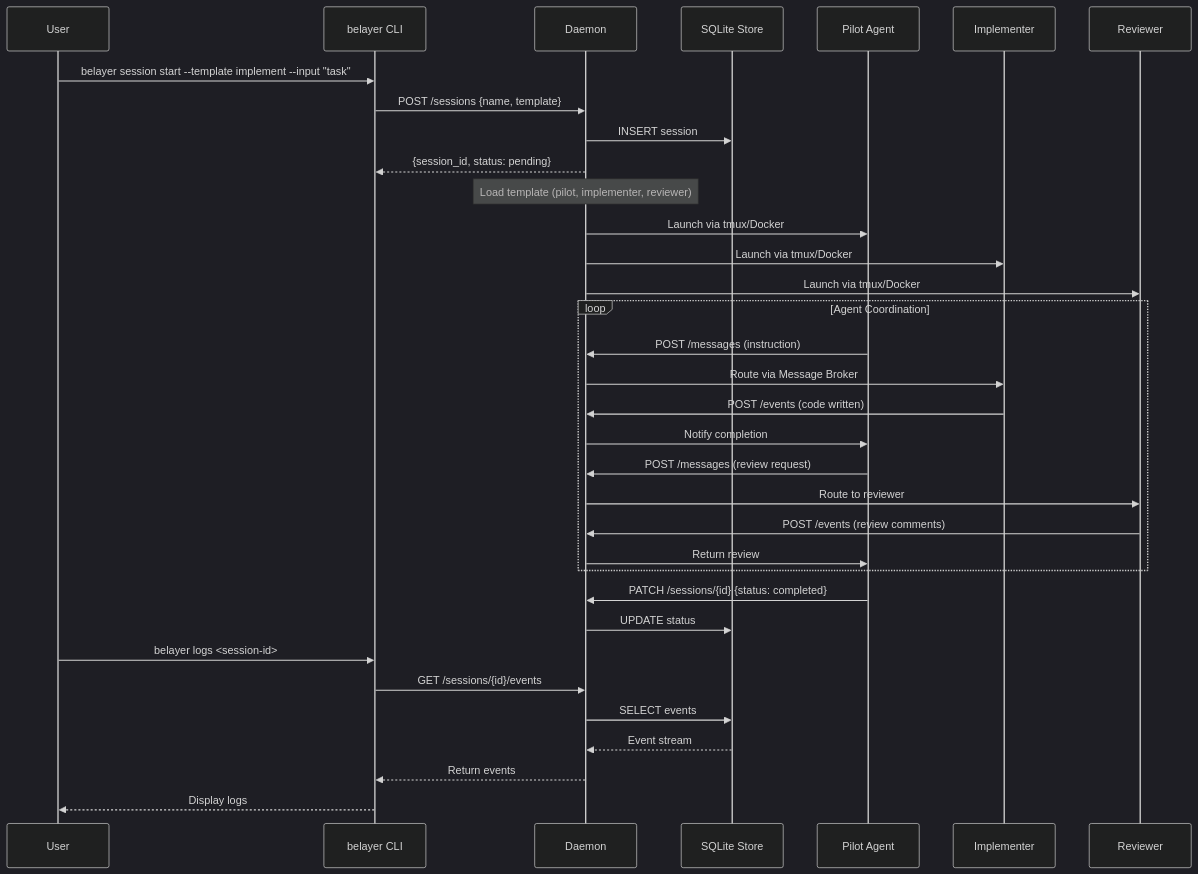
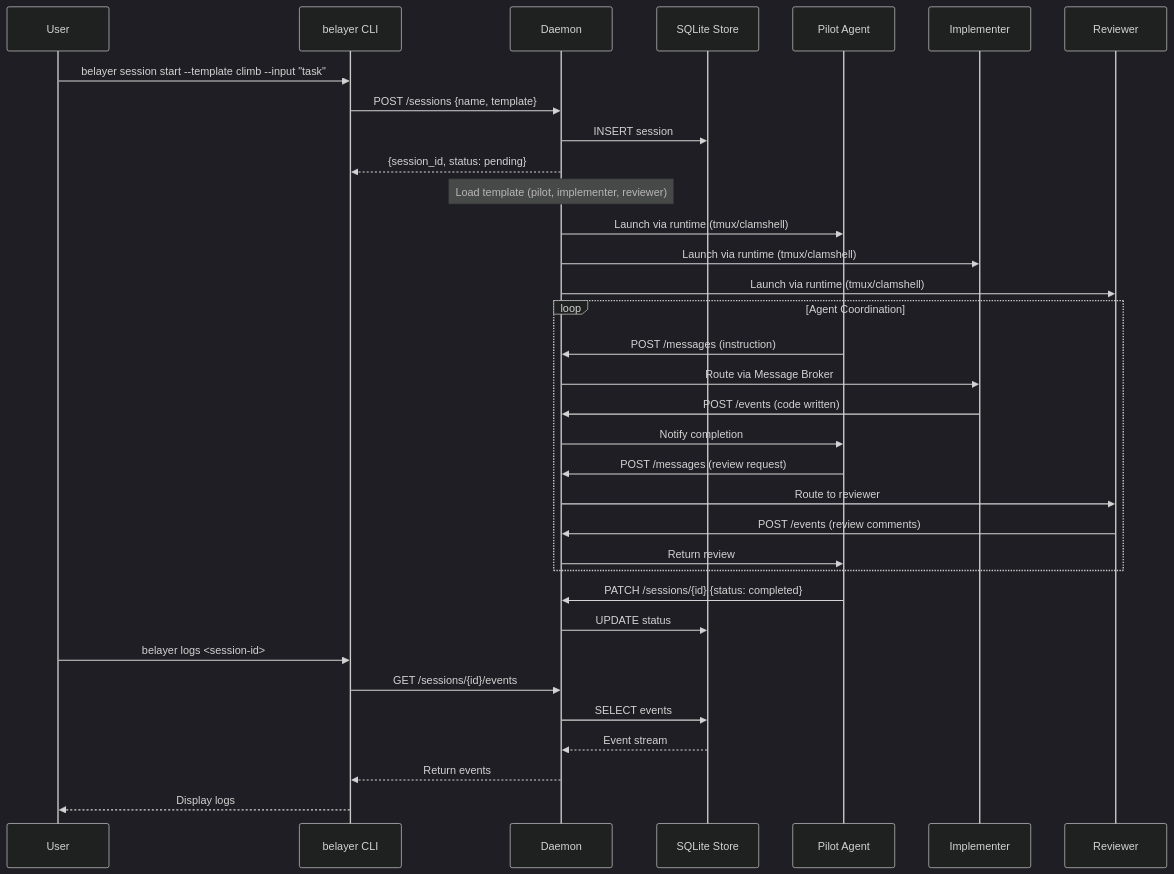
The second of 2 diagrams in README.md (donovan-yohan/belayer), drawn with Mermaid (dark theme) before and after one commit. The commit also changed other lines of this file and 2 other files, not shown here.

First line of the commit message:
docs: update README, ARCHITECTURE, and DESIGN for clamshell-based runtime

````diff
--- a/README.md
+++ b/README.md
@@ -117,43 +113,43 @@
 ```mermaid
 sequenceDiagram
     participant U as User
     participant C as belayer CLI
     participant D as Daemon
     participant S as SQLite Store
     participant P as Pilot Agent
     participant I as Implementer
     participant R as Reviewer
 
-    U->>C: belayer session start --template implement --input "task"
+    U->>C: belayer session start --template climb --input "task"
     C->>D: POST /sessions {name, template}
     D->>S: INSERT session
     D-->>C: {session_id, status: pending}
     
     Note over D: Load template (pilot, implementer, reviewer)
     
-    D->>P: Launch via tmux/Docker
-    D->>I: Launch via tmux/Docker
-    D->>R: Launch via tmux/Docker
+    D->>P: Launch via runtime (tmux/clamshell)
+    D->>I: Launch via runtime (tmux/clamshell)
+    D->>R: Launch via runtime (tmux/clamshell)
     
     loop Agent Coordination
         P->>D: POST /messages (instruction)
         D->>I: Route via Message Broker
         I->>D: POST /events (code written)
         D->>P: Notify completion
         
         P->>D: POST /messages (review request)
         D->>R: Route to reviewer
         R->>D: POST /events (review comments)
         D->>P: Return review
     end
     
     P->>D: PATCH /sessions/{id} {status: completed}
     D->>S: UPDATE status
     
     U->>C: belayer logs <session-id>
     C->>D: GET /sessions/{id}/events
     D->>S: SELECT events
     S-->>D: Event stream
     D-->>C: Return events
     C-->>U: Display logs
 ```
````
